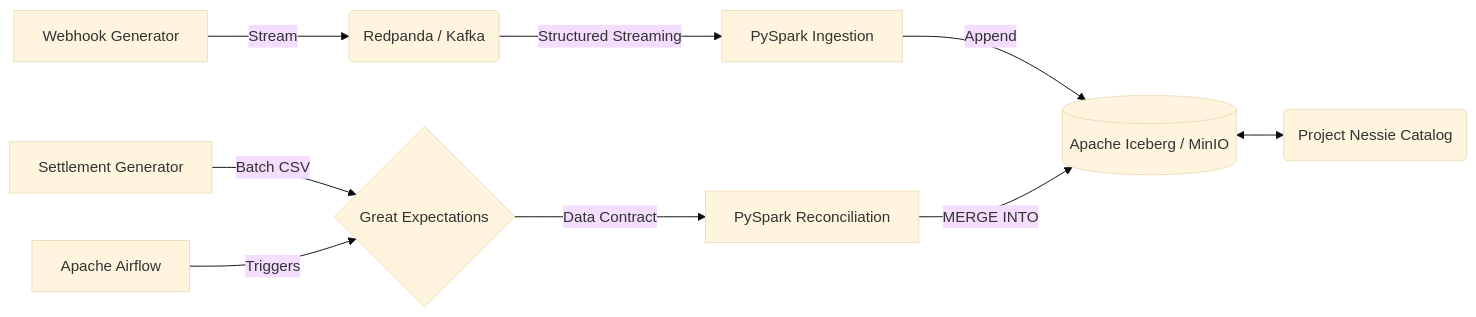
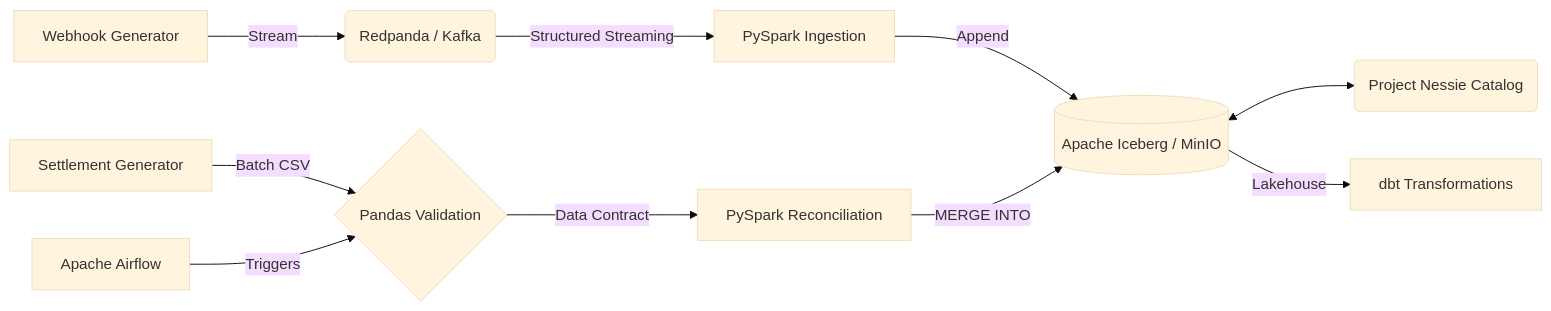
Before and after one commit to DhanushPillay/tx-recon: the diagram in README.md, drawn with Mermaid (base theme). The commit also changed other lines of this file and 1 other file, not shown here.

Commit message:
docs: update README and PRD to reflect pandas validation and dbt

````diff
--- a/README.md
+++ b/README.md
@@ -23,13 +23,14 @@
 ```mermaid
 flowchart LR
     A[Webhook Generator] -->|Stream| B(Redpanda / Kafka)
     B -->|Structured Streaming| C[PySpark Ingestion]
     C -->|Append| D[(Apache Iceberg / MinIO)]
     
-    E[Settlement Generator] -->|Batch CSV| V{Great Expectations}
+    E[Settlement Generator] -->|Batch CSV| V{Pandas Validation}
     V -->|Data Contract| F[PySpark Reconciliation]
     F -->|MERGE INTO| D
     
     G[Apache Airflow] -->|Triggers| V
     D <--> H(Project Nessie Catalog)
+    D -->|Lakehouse| I[dbt Transformations]
 ```
````
